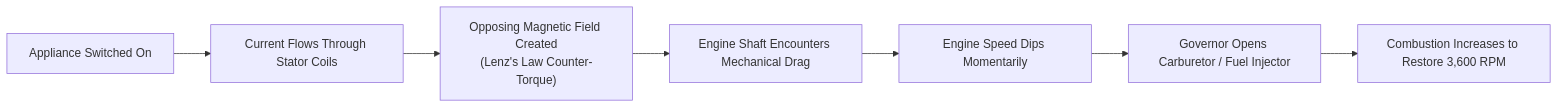
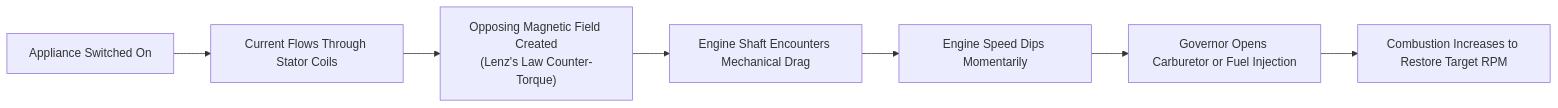
The seventh of 8 diagrams in content-drafts/how-does-a-generator-work.md (calcmypowerharis-app/kr), drawn with Mermaid before and after one commit. The commit also changed other lines of this file, not shown here.

````diff
--- a/content-drafts/how-does-a-generator-work.md
+++ b/content-drafts/how-does-a-generator-work.md
@@ -247,9 +288,9 @@
 ```mermaid
 flowchart LR
     A["Appliance Switched On"] --> B["Current Flows Through Stator Coils"]
     B --> C["Opposing Magnetic Field Created<br>(Lenz's Law Counter-Torque)"]
     C --> D["Engine Shaft Encounters Mechanical Drag"]
     D --> E["Engine Speed Dips Momentarily"]
-    E --> F["Governor Opens Carburetor / Fuel Injector"]
-    F --> G["Combustion Increases to Restore 3,600 RPM"]
+    E --> F["Governor Opens Carburetor or Fuel Injection"]
+    F --> G["Combustion Increases to Restore Target RPM"]
 ```
````
